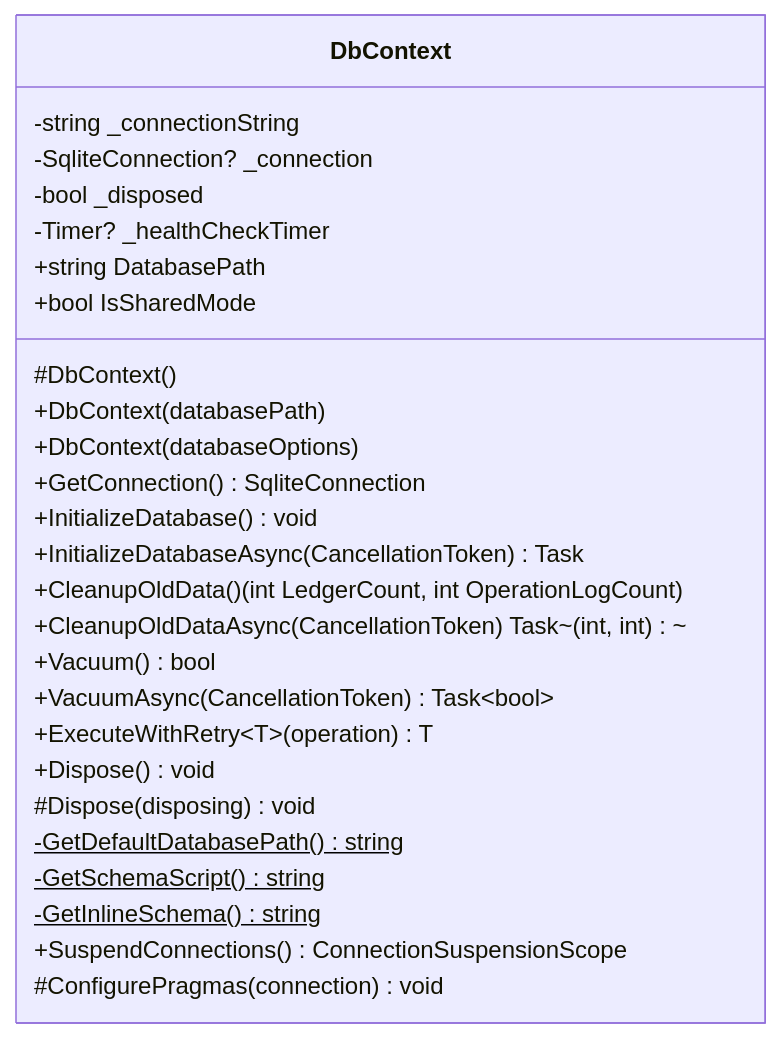
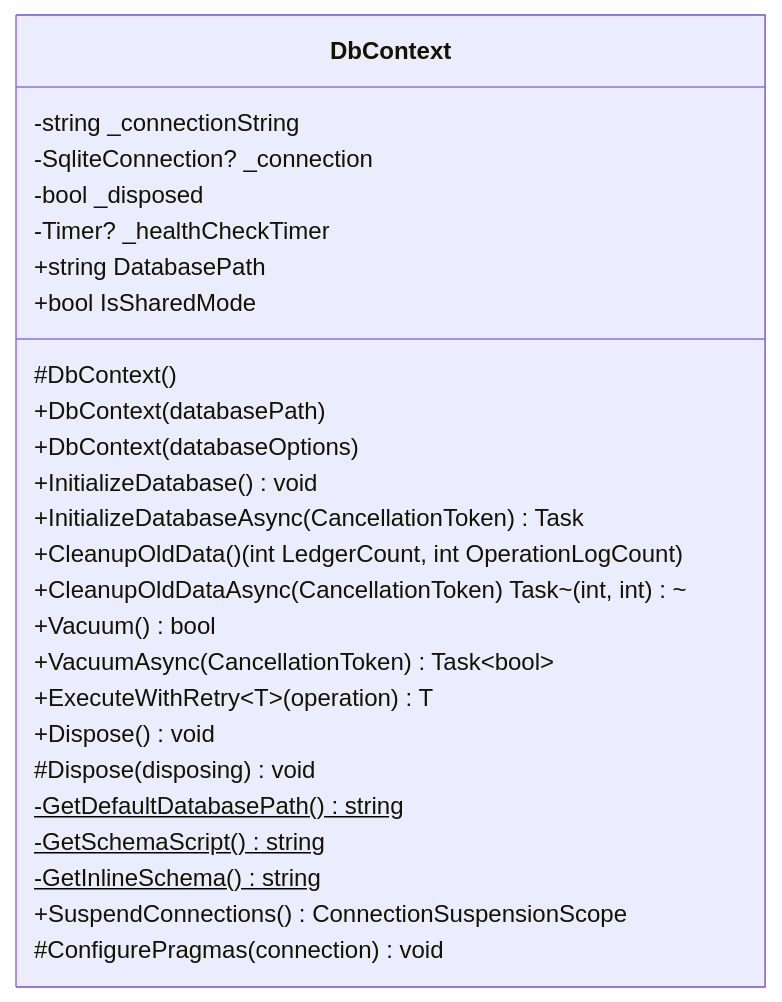
One commit to kuwayamamasayuki/ICCardManager changed the eighth of 52 diagrams in ICCardManager/docs/design/05_クラス設計書.md. Above: the diagram before and after it, drawn with Mermaid. The commit also changed other lines of this file and 15 other files, not shown here.

First line of the commit message:
fix: 生の共有接続を返す DbContext.GetConnection() を撤去した (#1988) (#1992)

````diff
--- a/ICCardManager/docs/design/05_クラス設計書.md
+++ b/ICCardManager/docs/design/05_クラス設計書.md
@@ -728,29 +728,28 @@
 ```mermaid
 classDiagram
     class DbContext {
         -string _connectionString
         -SqliteConnection? _connection
         -bool _disposed
         -Timer? _healthCheckTimer
         +string DatabasePath
         +bool IsSharedMode
         #DbContext()
         +DbContext(databasePath)
         +DbContext(databaseOptions)
-        +GetConnection() SqliteConnection
         +InitializeDatabase() void
         +InitializeDatabaseAsync(CancellationToken) Task
         +CleanupOldData() (int LedgerCount, int OperationLogCount)
         +CleanupOldDataAsync(CancellationToken) Task~(int, int)~
         +Vacuum() bool
         +VacuumAsync(CancellationToken) Task~bool~
         +ExecuteWithRetry~T~(operation) T
         +Dispose() void
         #Dispose(disposing) void
         -GetDefaultDatabasePath()$ string
         -GetSchemaScript()$ string
         -GetInlineSchema()$ string
         +SuspendConnections() ConnectionSuspensionScope
         #ConfigurePragmas(connection) void
     }
 ```
````
